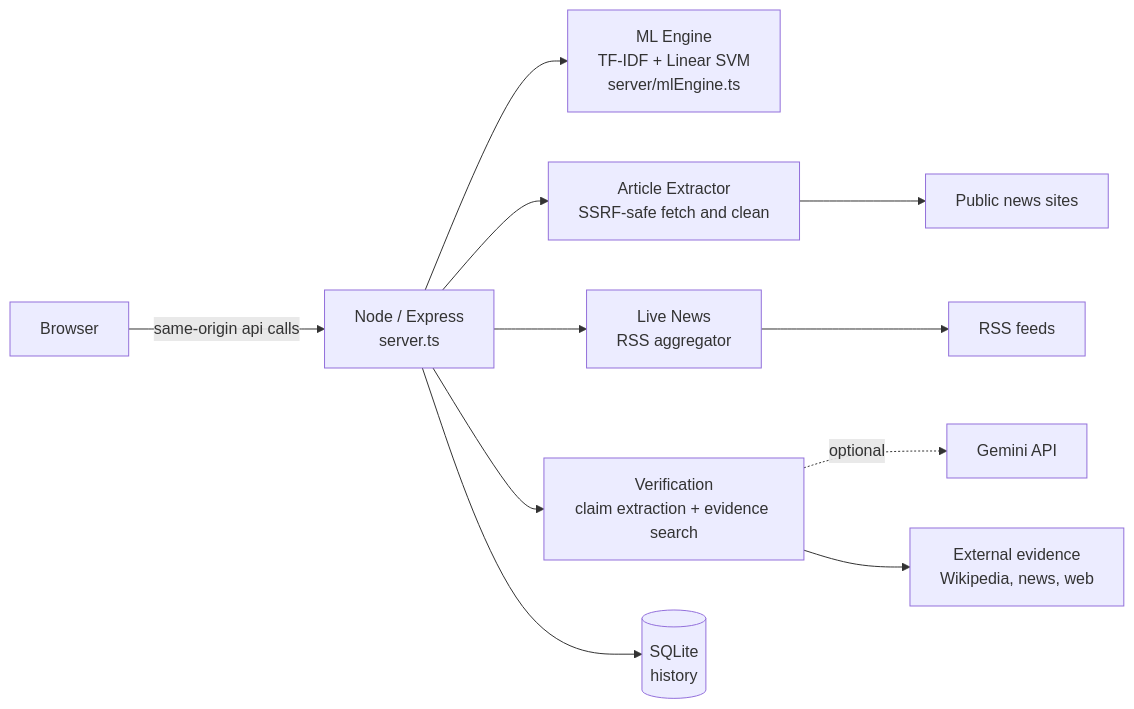
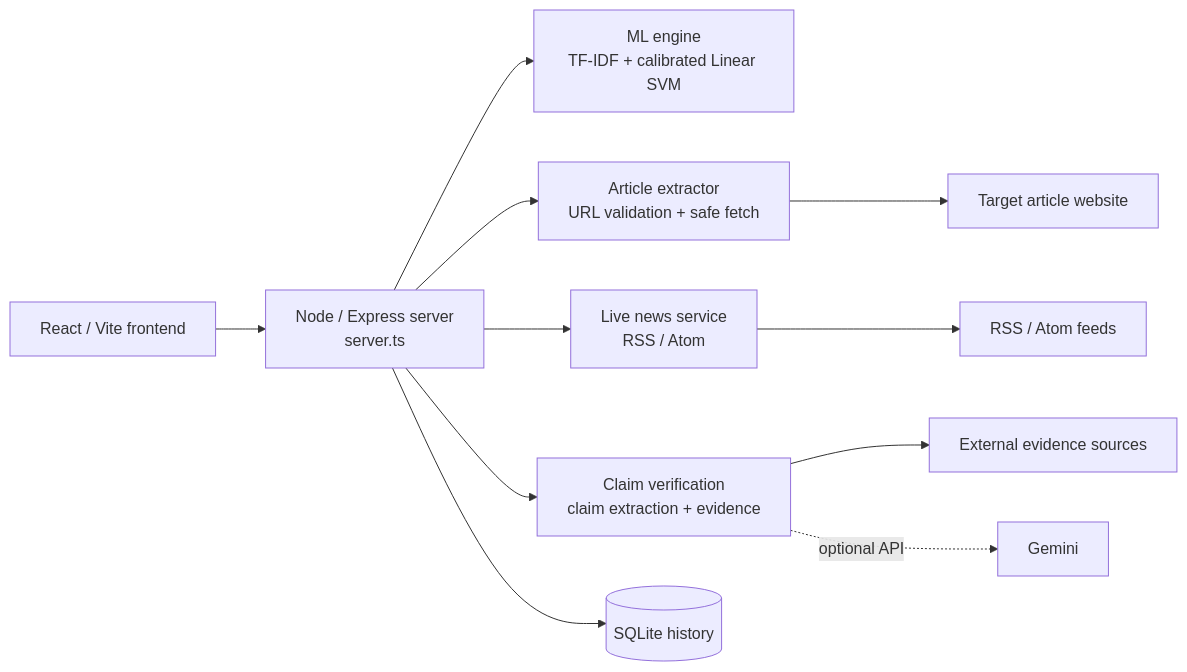
One commit to Pappu246/truthlens-ai-fake-news-detection-system changed the first of 2 diagrams in README.md. Above: the diagram before and after it, drawn with Mermaid. The commit also changed other lines of this file, not shown here.

````diff
--- a/README.md
+++ b/README.md
@@ -50,13 +71,15 @@
 ```mermaid
 flowchart LR
-    U[Browser] -->|same-origin api calls| S[Node / Express<br/>server.ts]
-    S --> ML[ML Engine<br/>TF-IDF + Linear SVM<br/>server/mlEngine.ts]
-    S --> EX[Article Extractor<br/>SSRF-safe fetch and clean]
-    S --> RSS[Live News<br/>RSS aggregator]
-    S --> VER[Verification<br/>claim extraction + evidence search]
-    S --> DB[(SQLite<br/>history)]
-    VER -.optional.-> GEM[Gemini API]
-    EX --> WEB[Public news sites]
-    RSS --> FEEDS[RSS feeds]
-    VER --> EVID[External evidence<br/>Wikipedia, news, web]
+    F[React / Vite frontend] --> S[Node / Express server<br/>server.ts]
+
+    S --> M[ML engine<br/>TF-IDF + calibrated Linear SVM]
+    S --> X[Article extractor<br/>URL validation + safe fetch]
+    S --> N[Live news service<br/>RSS / Atom]
+    S --> V[Claim verification<br/>claim extraction + evidence]
+    S --> H[(SQLite history)]
+
+    X --> W[Target article website]
+    N --> R[RSS / Atom feeds]
+    V --> E[External evidence sources]
+    V -. optional API .-> G[Gemini]
 ```
````
